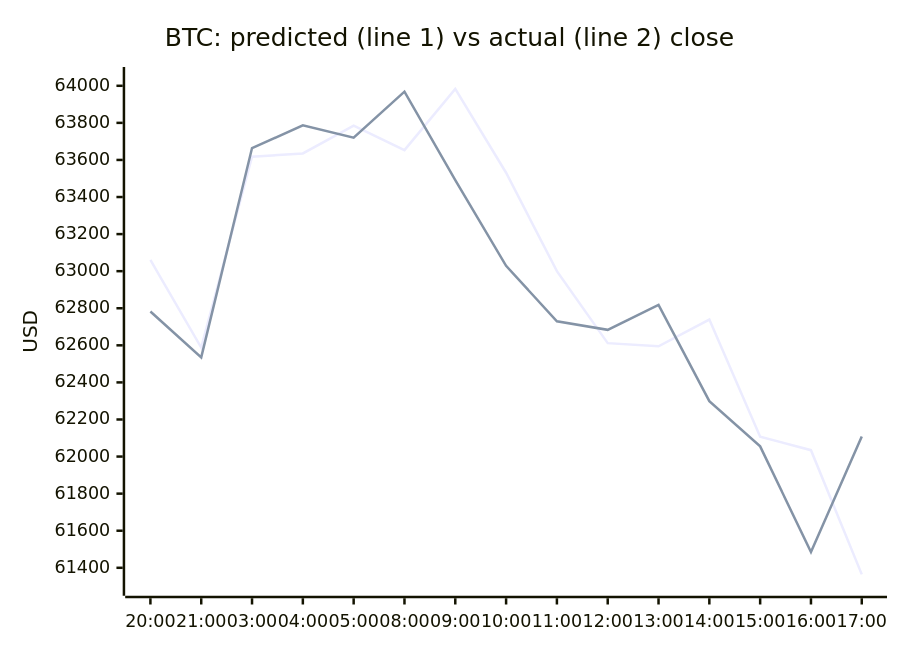
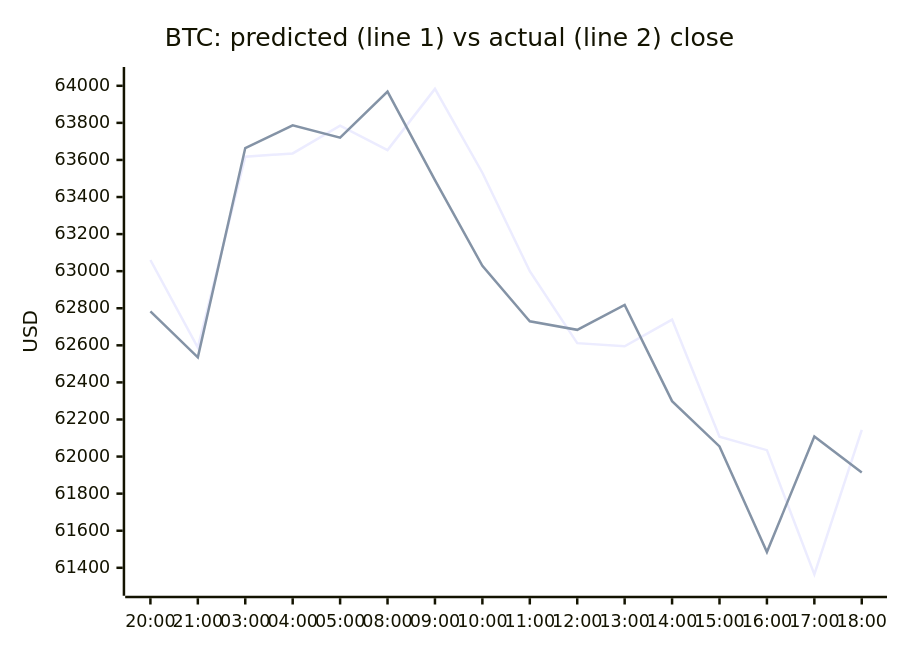
Before and after one commit to samuelkreitl-wq/crypto-hourly-forecaster: the first of 4 diagrams in README.md, drawn with Mermaid. The commit also changed other lines of this file and 14 other files, not shown here.

````diff
--- a/README.md
+++ b/README.md
@@ -38,8 +38,8 @@
 ```mermaid
 xychart-beta
     title "BTC: predicted (line 1) vs actual (line 2) close"
-    x-axis ["20:00", "21:00", "03:00", "04:00", "05:00", "08:00", "09:00", "10:00", "11:00", "12:00", "13:00", "14:00", "15:00", "16:00", "17:00"]
+    x-axis ["20:00", "21:00", "03:00", "04:00", "05:00", "08:00", "09:00", "10:00", "11:00", "12:00", "13:00", "14:00", "15:00", "16:00", "17:00", "18:00"]
     y-axis "USD" 61303.1351 --> 64047.4023
-    line [63060.3716, 62587.6439, 63617.4254, 63635.2318, 63784.5035, 63653.0941, 63983.4189, 63531.0235, 63000.0108, 62611.7840, 62594.5179, 62738.9417, 62107.3691, 62034.4887, 61364.4996]
-    line [62782.7000, 62534.9000, 63664.0000, 63786.4000, 63720.2000, 63968.3000, 63491.0000, 63028.9000, 62729.5000, 62683.5000, 62817.6000, 62298.8000, 62055.0000, 61484.9000, 62108.5000]
+    line [63060.3716, 62587.6439, 63617.4254, 63635.2318, 63784.5035, 63653.0941, 63983.4189, 63531.0235, 63000.0108, 62611.7840, 62594.5179, 62738.9417, 62107.3691, 62034.4887, 61364.4996, 62144.4125]
+    line [62782.7000, 62534.9000, 63664.0000, 63786.4000, 63720.2000, 63968.3000, 63491.0000, 63028.9000, 62729.5000, 62683.5000, 62817.6000, 62298.8000, 62055.0000, 61484.9000, 62108.5000, 61913.5000]
 ```
````
